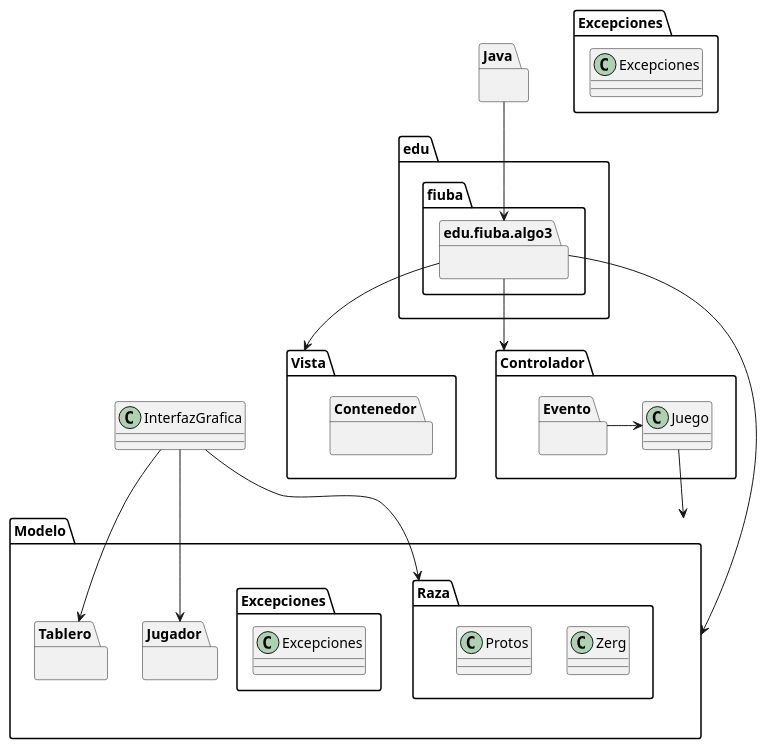
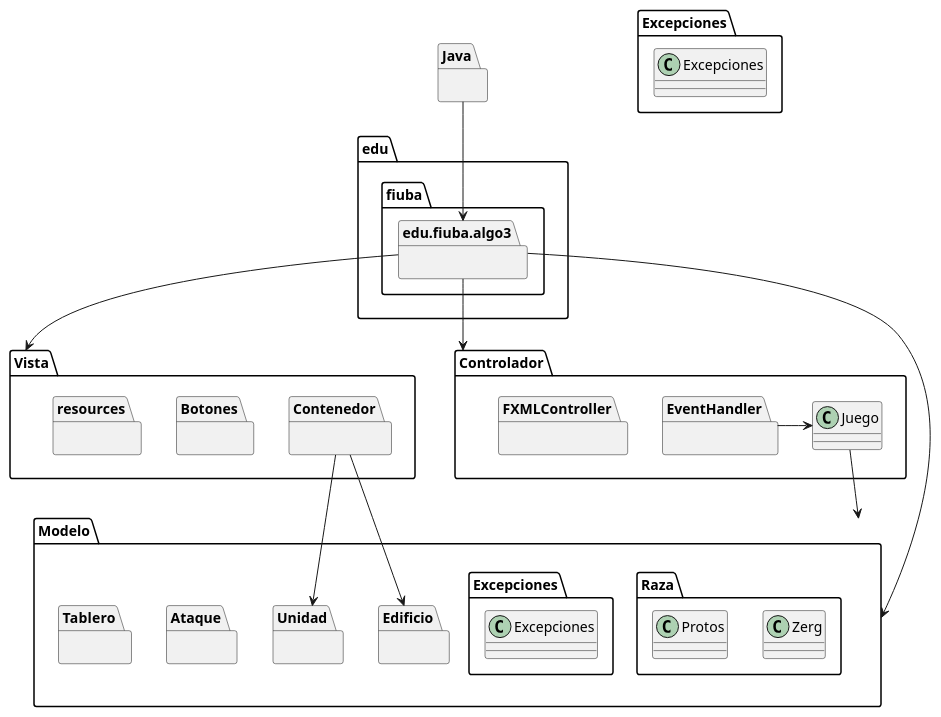
Before and after one commit to nicolasgirardi/algo3_TP2_AlgoStar: the diagram in diagrams/packages/DiagramaDePAquete1.puml, drawn with PlantUML. The commit also changed 1 other file, not shown here.

Commit message:
actualizo diagramas de paquetes

```diff
--- a/diagrams/packages/DiagramaDePAquete1.puml
+++ b/diagrams/packages/DiagramaDePAquete1.puml
@@ -1,48 +1,52 @@
 @startuml
 package Java{}
 
 package edu.fiuba.algo3{}
 
 package Vista{
     package Contenedor{}
+    package Botones{}
+    package resources{}
     }
 
 package Controlador{
     class Juego
-    package Evento{}
+    package EventHandler{}
+    package FXMLController{}
 
     }
 
 package  Modelo{
 
-    package Jugador {}
+    package Edificio {}
+    package Unidad {}
+    package Ataque {}
 
     package Raza {
         class Zerg
         class Protos
         }
 
     package Tablero {}
 
 
     package Excepciones {
         class Excepciones
         }
     }
 
 package Excepciones {
     class Excepciones
     }
 
 Java --> edu.fiuba.algo3
 edu.fiuba.algo3 --> Modelo
 edu.fiuba.algo3 --> Vista
 edu.fiuba.algo3 --> Controlador
-InterfazGrafica --> Raza
-Evento -> Juego
-InterfazGrafica --> Jugador
-InterfazGrafica --> Tablero
+EventHandler -> Juego
 Juego --> Modelo
+Contenedor --> Edificio
+Contenedor --> Unidad
 
 
 @enduml
```
